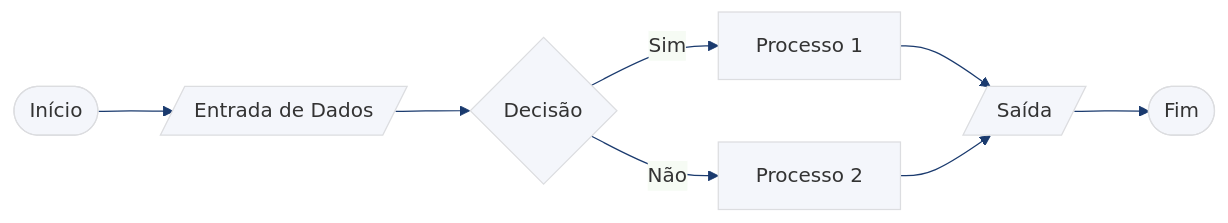
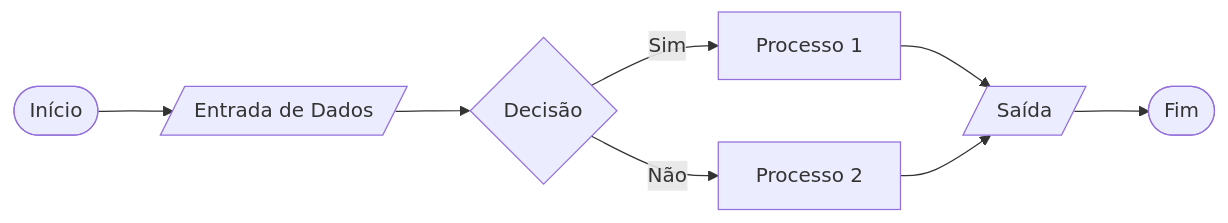
One commit to Raingredi/RepositorioDeAulas changed the diagram in turmas/logica/aulas/introducao_algoritmos.md. Above: the diagram before and after it, drawn with Mermaid. The commit also changed other lines of this file and 2 other files, not shown here.

Commit message:
feat: injetar suporte a Mermaid nos arquivos Markdown e adicionar tema de slides

```diff
--- a/turmas/logica/aulas/introducao_algoritmos.md
+++ b/turmas/logica/aulas/introducao_algoritmos.md
@@ -75,11 +55,10 @@
 <div class="mermaid">
-%%{init: {'theme': 'base', 'themeVariables': { 'primaryColor': '#f4f6fb', 'lineColor': '#1a3a6e', 'textColor': '#2b2b2b'}}}%%
 graph LR;
   A([Início]) --> B[/Entrada de Dados/];
   B --> C{Decisão};
   C -->|Sim| D[Processo 1];
   C -->|Não| E[Processo 2];
   D --> F[/Saída/];
   E --> F;
   F --> G([Fim]);
 </div>
```
